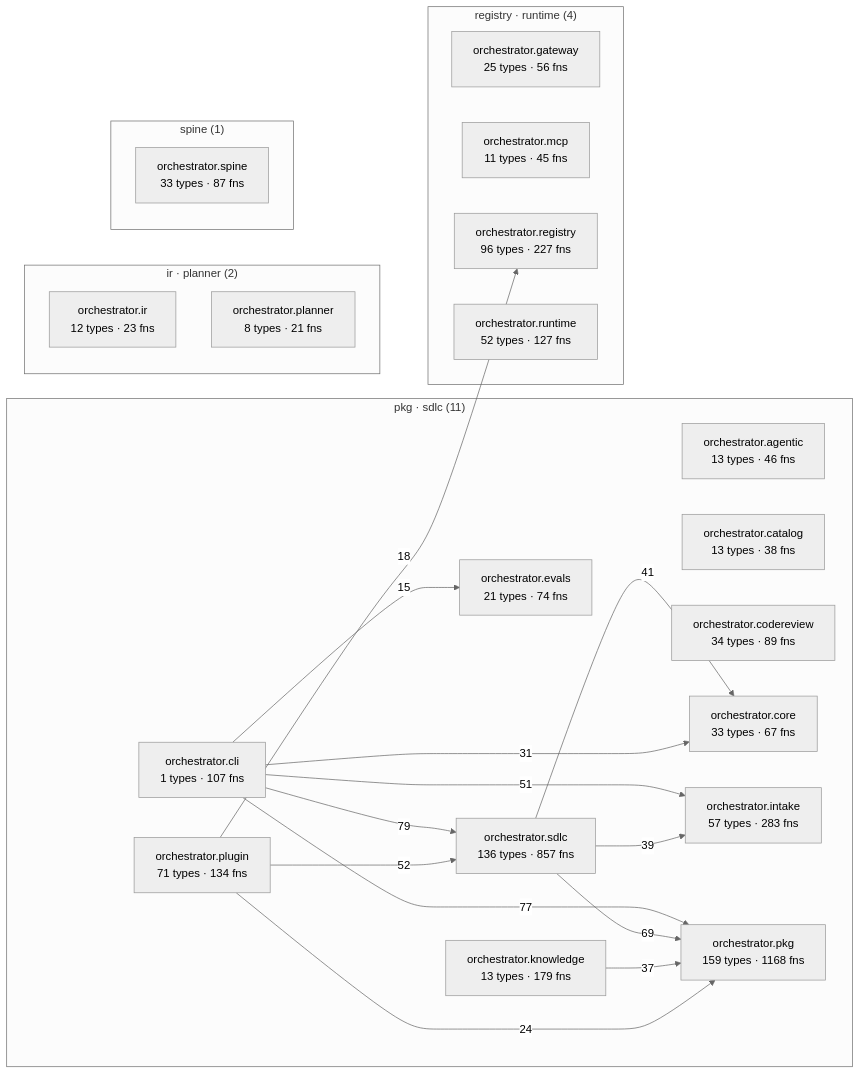
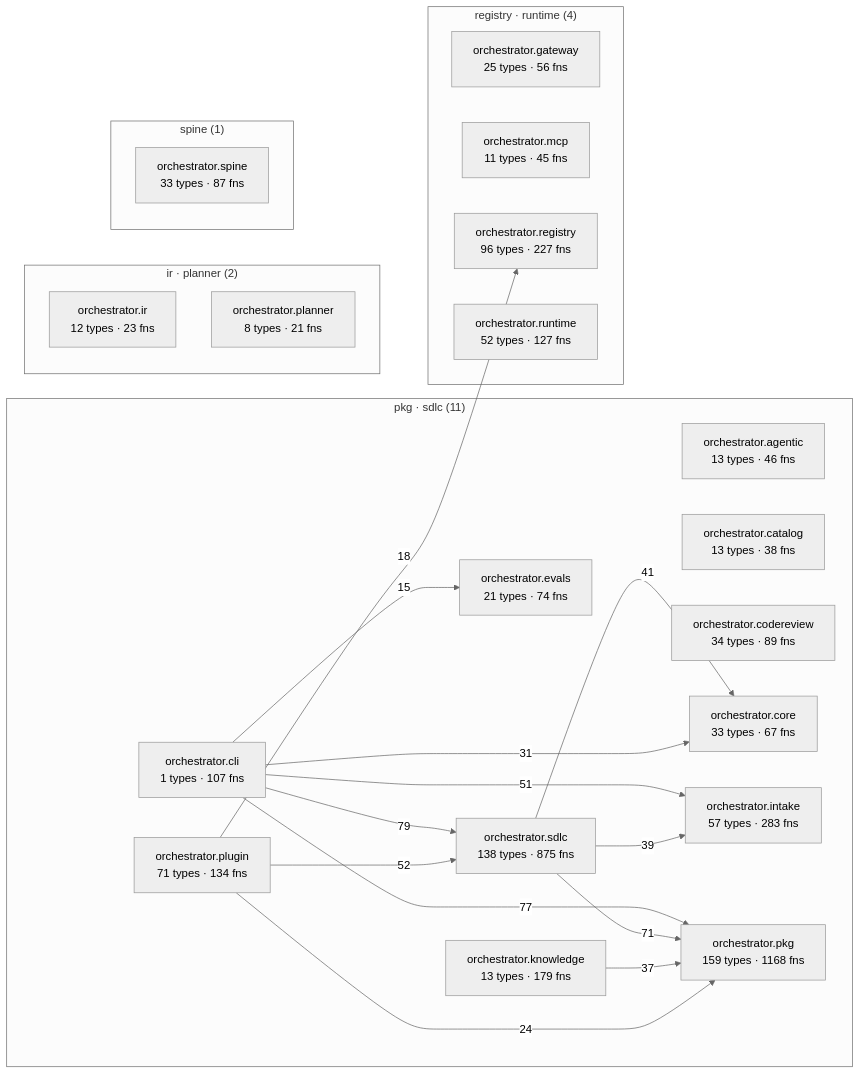
The diagram in episteme/architecture.md (synaptixs/spine), drawn with Mermaid (neutral theme) before and after one commit. The commit also changed other lines of this file and 16 other files, not shown here.

````diff
--- a/episteme/architecture.md
+++ b/episteme/architecture.md
@@ -55,41 +55,41 @@
 ```mermaid
 flowchart LR
   subgraph c_2["pkg · sdlc (11)"]
     aorchestratoragentic["orchestrator.agentic<br/>13 types · 46 fns"]
     aorchestratorcatalog["orchestrator.catalog<br/>13 types · 38 fns"]
     aorchestratorcli["orchestrator.cli<br/>1 types · 107 fns"]
     aorchestratorcodereview["orchestrator.codereview<br/>34 types · 89 fns"]
     aorchestratorcore["orchestrator.core<br/>33 types · 67 fns"]
     aorchestratorevals["orchestrator.evals<br/>21 types · 74 fns"]
     aorchestratorintake["orchestrator.intake<br/>57 types · 283 fns"]
     aorchestratorknowledge["orchestrator.knowledge<br/>13 types · 179 fns"]
     aorchestratorpkg["orchestrator.pkg<br/>159 types · 1168 fns"]
     aorchestratorplugin["orchestrator.plugin<br/>71 types · 134 fns"]
-    aorchestratorsdlc["orchestrator.sdlc<br/>136 types · 857 fns"]
+    aorchestratorsdlc["orchestrator.sdlc<br/>138 types · 875 fns"]
   end
   subgraph c_4["registry · runtime (4)"]
     aorchestratorgateway["orchestrator.gateway<br/>25 types · 56 fns"]
     aorchestratormcp["orchestrator.mcp<br/>11 types · 45 fns"]
     aorchestratorregistry["orchestrator.registry<br/>96 types · 227 fns"]
     aorchestratorruntime["orchestrator.runtime<br/>52 types · 127 fns"]
   end
   subgraph c_6["ir · planner (2)"]
     aorchestratorir["orchestrator.ir<br/>12 types · 23 fns"]
     aorchestratorplanner["orchestrator.planner<br/>8 types · 21 fns"]
   end
   subgraph c_11["spine (1)"]
     aorchestratorspine["orchestrator.spine<br/>33 types · 87 fns"]
   end
   aorchestratorcli -->|79| aorchestratorsdlc
   aorchestratorcli -->|77| aorchestratorpkg
-  aorchestratorsdlc -->|69| aorchestratorpkg
+  aorchestratorsdlc -->|71| aorchestratorpkg
   aorchestratorplugin -->|52| aorchestratorsdlc
   aorchestratorcli -->|51| aorchestratorintake
   aorchestratorsdlc -->|41| aorchestratorcore
   aorchestratorsdlc -->|39| aorchestratorintake
   aorchestratorknowledge -->|37| aorchestratorpkg
   aorchestratorcli -->|31| aorchestratorcore
   aorchestratorplugin -->|24| aorchestratorpkg
   aorchestratorplugin -->|18| aorchestratorregistry
   aorchestratorcli -->|15| aorchestratorevals
 ```
````
